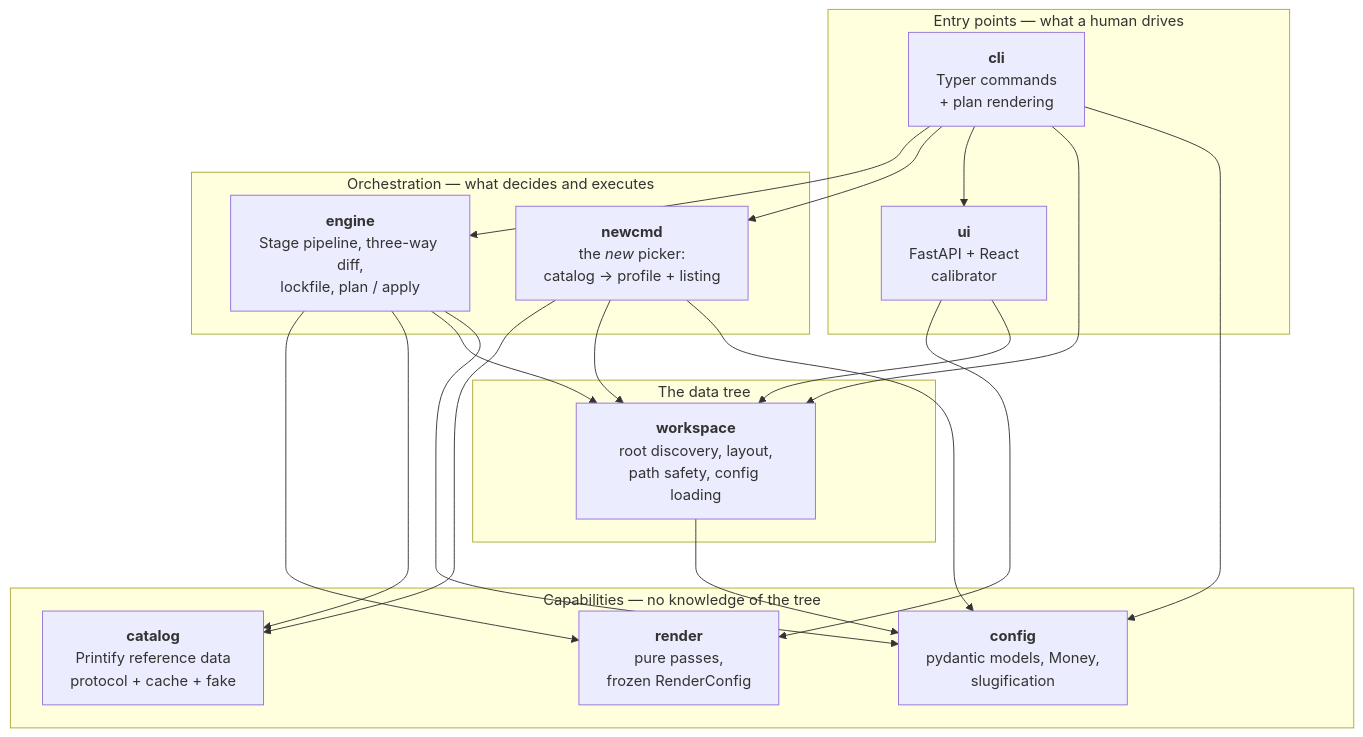
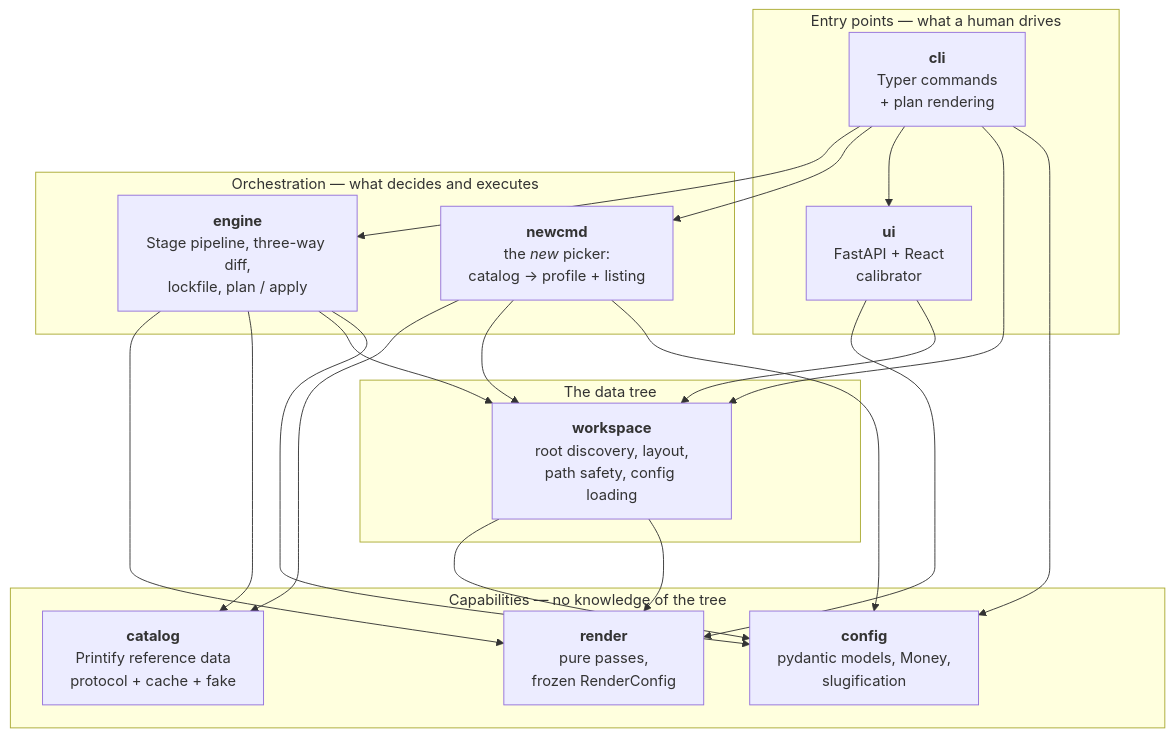
The first of 5 diagrams in docs/architecture.md (eli-jordan/etsy-listing-automation), drawn with Mermaid before and after one commit. The commit also changed other lines of this file and 5 other files, not shown here.

````diff
--- a/docs/architecture.md
+++ b/docs/architecture.md
@@ -10,38 +10,39 @@
 ```mermaid
 graph TD
     subgraph entry["Entry points — what a human drives"]
         CLI["<b>cli</b><br/>Typer commands<br/>+ plan rendering"]
         UI["<b>ui</b><br/>FastAPI + React<br/>calibrator"]
     end
 
     subgraph orchestration["Orchestration — what decides and executes"]
         ENGINE["<b>engine</b><br/>Stage pipeline, three-way diff,<br/>lockfile, plan / apply"]
         NEWCMD["<b>newcmd</b><br/>the <i>new</i> picker:<br/>catalog → profile + listing"]
     end
 
     subgraph tree["The data tree"]
         WORKSPACE["<b>workspace</b><br/>root discovery, layout,<br/>path safety, config loading"]
     end
 
     subgraph capabilities["Capabilities — no knowledge of the tree"]
         RENDER["<b>render</b><br/>pure passes,<br/>frozen RenderConfig"]
         CATALOG["<b>catalog</b><br/>Printify reference data<br/>protocol + cache + fake"]
         CONFIG["<b>config</b><br/>pydantic models, Money,<br/>slugification"]
     end
 
     CLI --> ENGINE
     CLI --> NEWCMD
     CLI --> UI
     CLI --> WORKSPACE
     UI --> RENDER
     UI --> WORKSPACE
     ENGINE --> RENDER
     ENGINE --> CATALOG
     ENGINE --> WORKSPACE
     NEWCMD --> CATALOG
     NEWCMD --> WORKSPACE
     WORKSPACE --> CONFIG
+    WORKSPACE --> RENDER
     ENGINE --> CONFIG
     NEWCMD --> CONFIG
     CLI --> CONFIG
 ```
````
